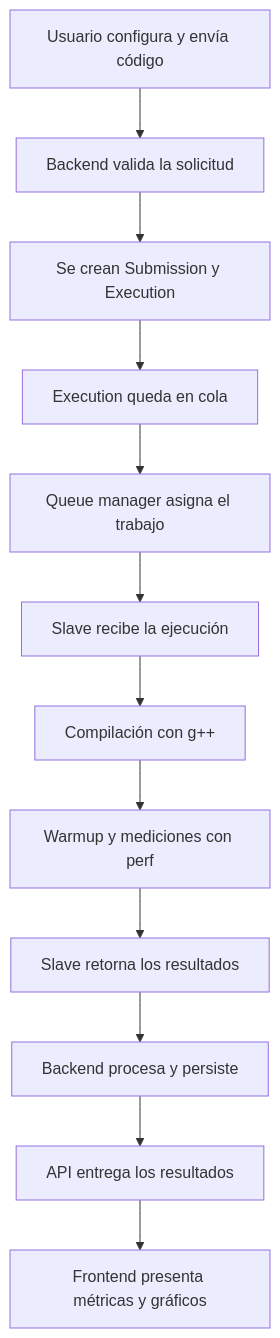
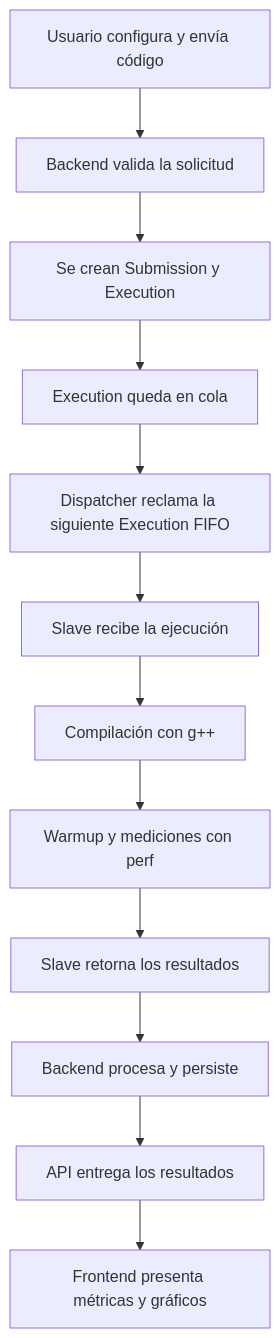
Before and after one commit to algorithms-diicc/performance-system: the second of 2 diagrams in README.md, drawn with Mermaid. The commit also changed other lines of this file and 19 other files, not shown here.

Commit message:
feat: add persistent serial execution queue

````diff
--- a/README.md
+++ b/README.md
@@ -78,27 +81,27 @@
 ```mermaid
 flowchart TD
     A["Usuario configura y envía código"]
     B["Backend valida la solicitud"]
     C["Se crean Submission y Execution"]
     D["Execution queda en cola"]
-    E["Queue manager asigna el trabajo"]
+    E["Dispatcher reclama la siguiente Execution FIFO"]
     F["Slave recibe la ejecución"]
     G["Compilación con g++"]
     H["Warmup y mediciones con perf"]
     I["Slave retorna los resultados"]
     J["Backend procesa y persiste"]
     K["API entrega los resultados"]
     L["Frontend presenta métricas y gráficos"]
 
     A --> B
     B --> C
     C --> D
     D --> E
     E --> F
     F --> G
     G --> H
     H --> I
     I --> J
     J --> K
     K --> L
 ```
````
